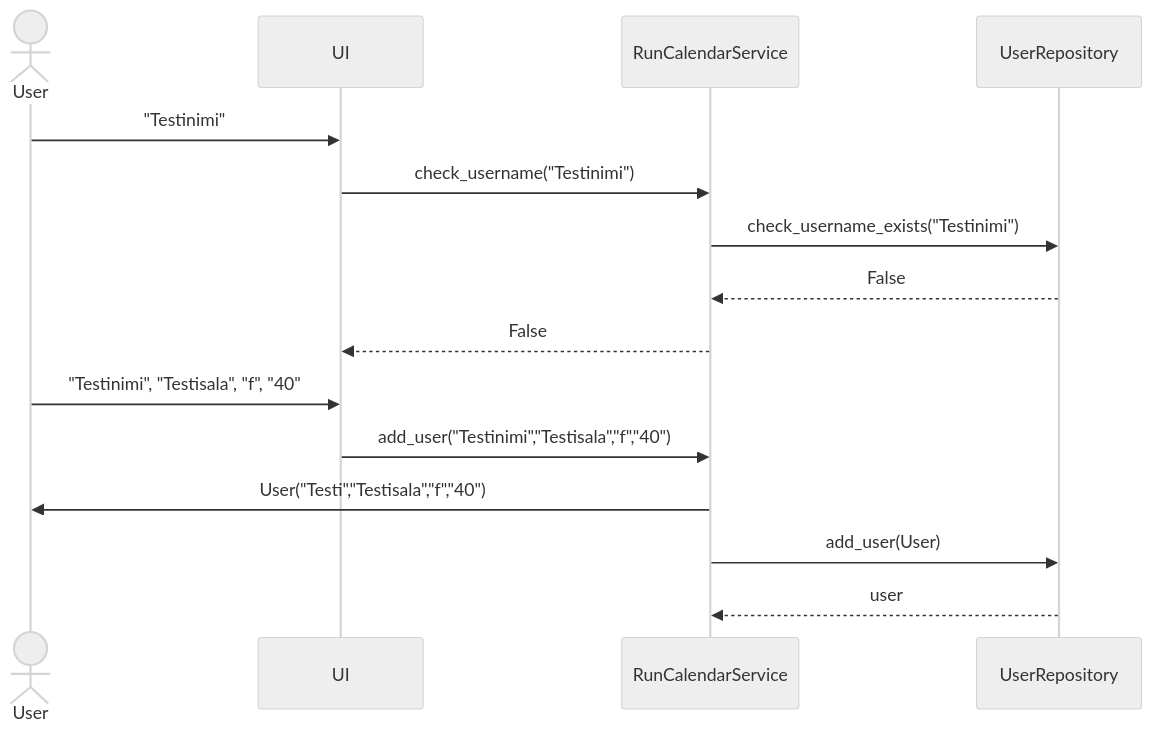
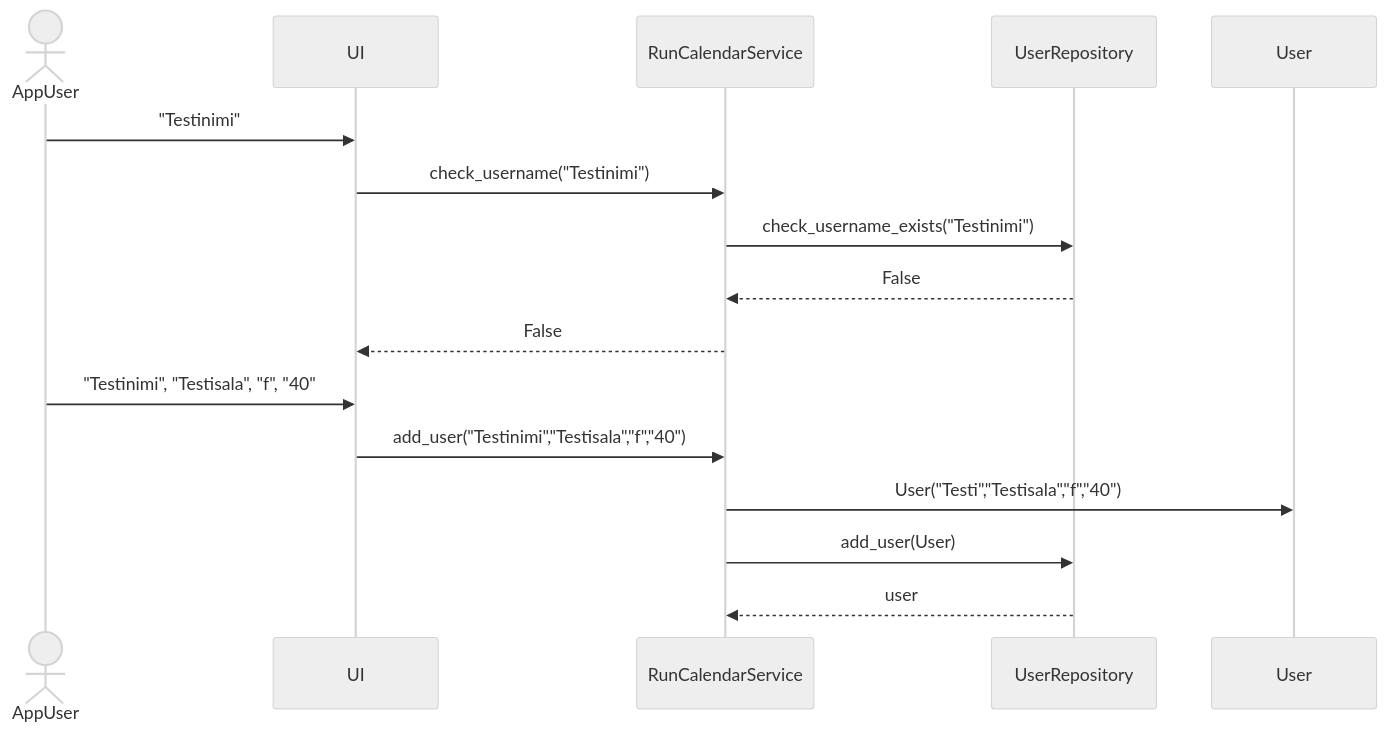
The second of 2 diagrams in dokumentaatio/arkkitehtuuri.md (ah-pasila/ot-running-calendar), drawn with Mermaid (neutral theme) before and after one commit.

Commit message:
Sekvenssikaavion korjaus

````diff
--- a/dokumentaatio/arkkitehtuuri.md
+++ b/dokumentaatio/arkkitehtuuri.md
@@ -73,18 +73,18 @@
 ```mermaid
 sequenceDiagram
-    actor User
+    actor AppUser
     participant UI
     participant RunCalendarService
     participant UserRepository
     participant User
-    User->>UI: "Testinimi"
+    AppUser->>UI: "Testinimi"
     UI->>RunCalendarService: check_username("Testinimi")
     RunCalendarService->>UserRepository: check_username_exists("Testinimi")
     UserRepository-->>RunCalendarService:False
     RunCalendarService-->>UI: False
-    User->>UI: "Testinimi", "Testisala", "f", "40"
+    AppUser->>UI: "Testinimi", "Testisala", "f", "40"
     UI->>RunCalendarService: add_user("Testinimi","Testisala","f","40")
     RunCalendarService->>User: User("Testi","Testisala","f","40") 
     RunCalendarService->>UserRepository: add_user(User)
     UserRepository-->>RunCalendarService: user
 ```
````
